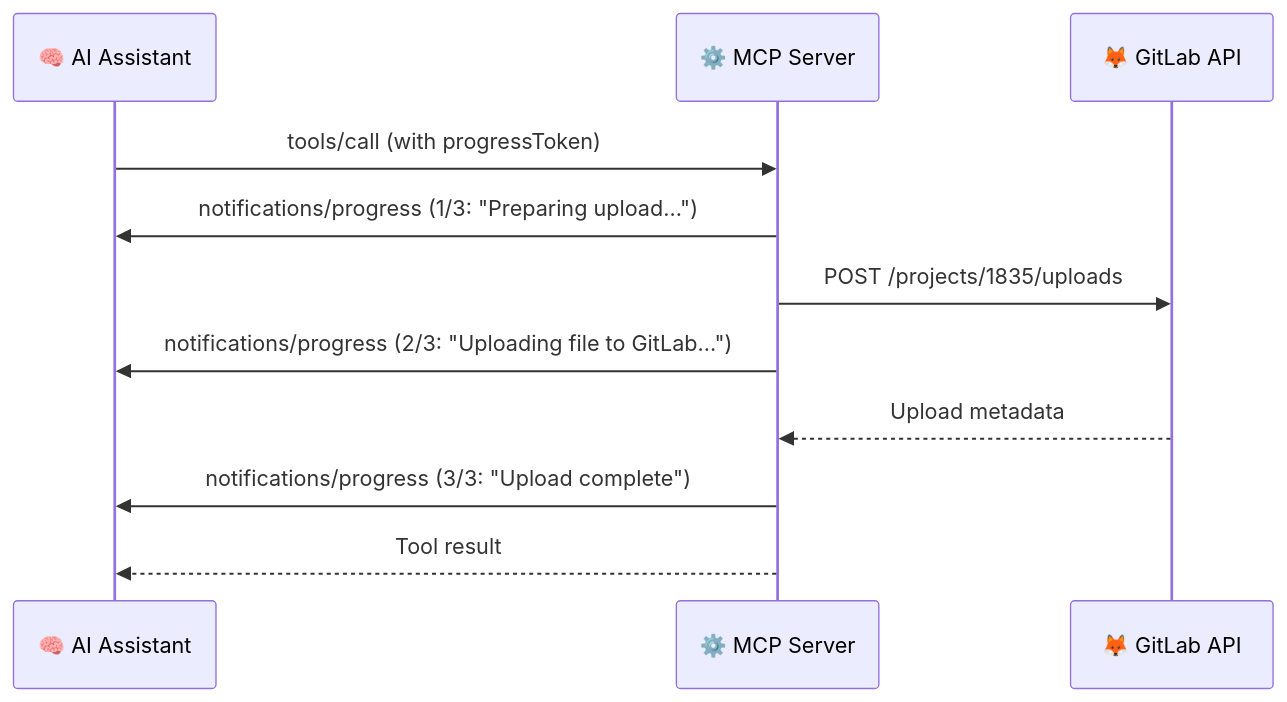
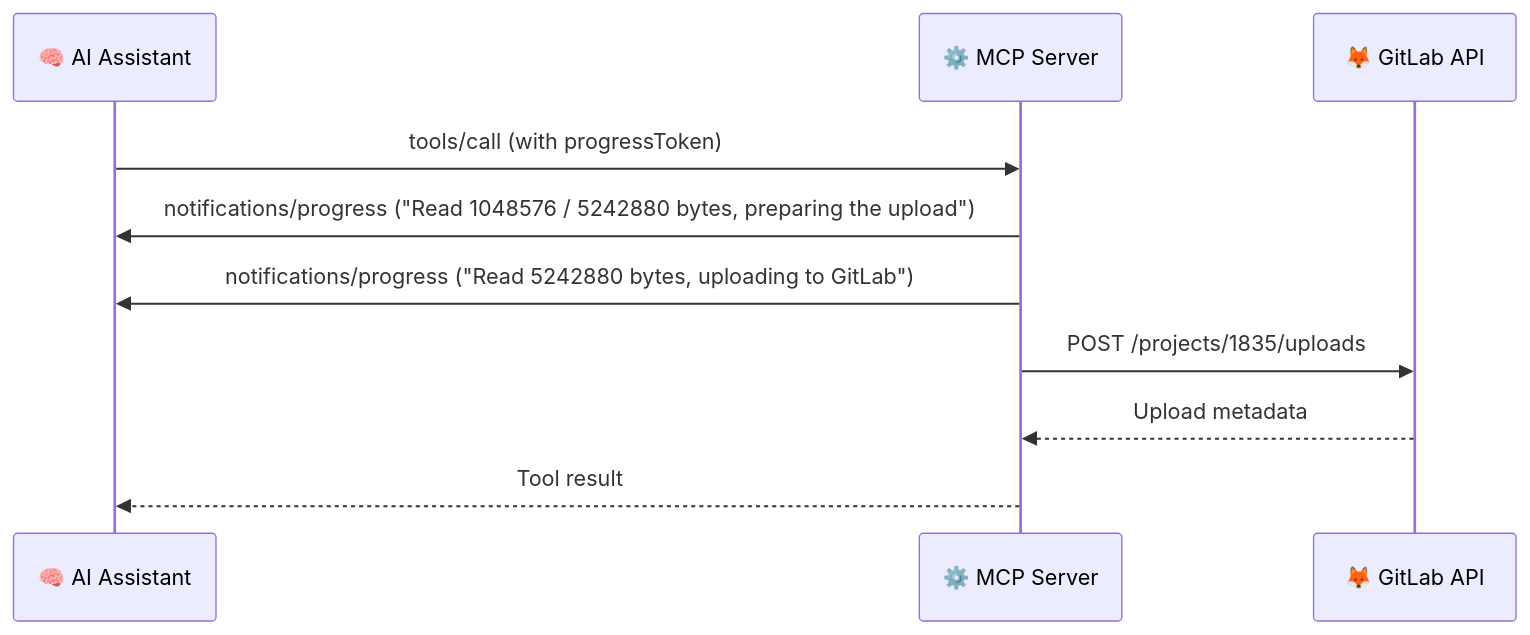
The diagram in docs/reference/capabilities/progress.md (jmrplens/gitlab-mcp-server), drawn with Mermaid before and after one commit. The commit also changed other lines of this file and 93 other files, not shown here.

````diff
--- a/docs/reference/capabilities/progress.md
+++ b/docs/reference/capabilities/progress.md
@@ -45,14 +47,13 @@
 ```mermaid
 sequenceDiagram
     participant AI as 🧠 AI Assistant
     participant S as ⚙️ MCP Server
     participant GL as 🦊 GitLab API
 
     AI->>S: tools/call (with progressToken)
-    S->>AI: notifications/progress (1/3: "Preparing upload...")
+    S->>AI: notifications/progress ("Read 1048576 / 5242880 bytes, preparing the upload")
+    S->>AI: notifications/progress ("Read 5242880 bytes, uploading to GitLab")
     S->>GL: POST /projects/1835/uploads
-    S->>AI: notifications/progress (2/3: "Uploading file to GitLab...")
     GL-->>S: Upload metadata
-    S->>AI: notifications/progress (3/3: "Upload complete")
     S-->>AI: Tool result
 ```
````
